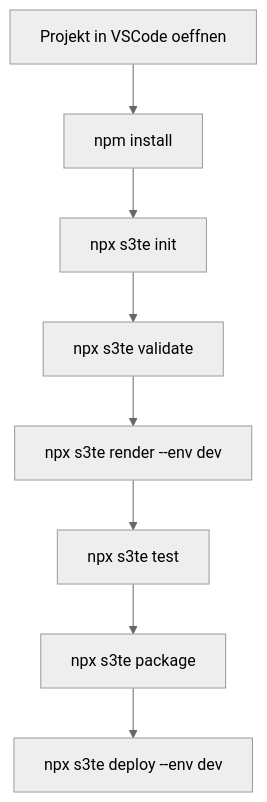
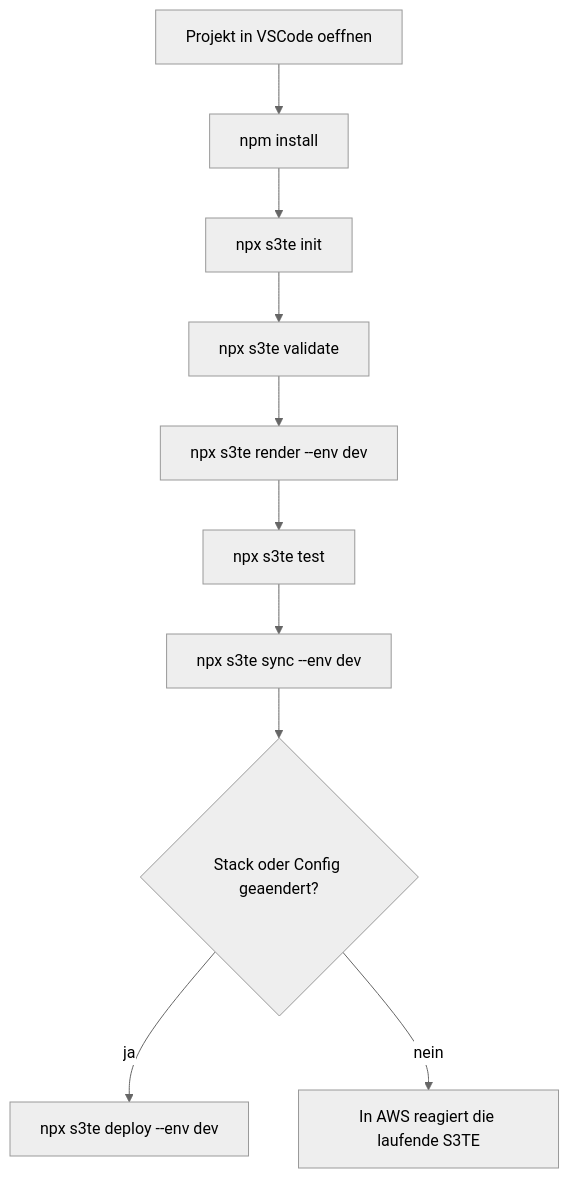
The diagram in docs/local-development.md (ProjectDocHelp/S3TemplateEngine), drawn with Mermaid (neutral theme) before and after one commit. The commit also changed other lines of this file and 11 other files, not shown here.

````diff
--- a/docs/local-development.md
+++ b/docs/local-development.md
@@ -133,10 +138,12 @@
 ```mermaid
 flowchart TD
   A[Projekt in VSCode oeffnen] --> B[npm install]
   B --> C[npx s3te init]
   C --> D[npx s3te validate]
   D --> E[npx s3te render --env dev]
   E --> F[npx s3te test]
-  F --> G[npx s3te package]
-  G --> H[npx s3te deploy --env dev]
+  F --> G[npx s3te sync --env dev]
+  G --> H{Stack oder Config geaendert?}
+  H -->|ja| I[npx s3te deploy --env dev]
+  H -->|nein| J[In AWS reagiert die laufende S3TE]
 ```
````
